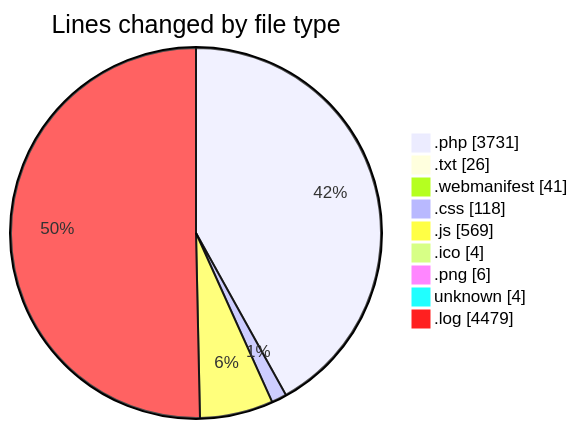
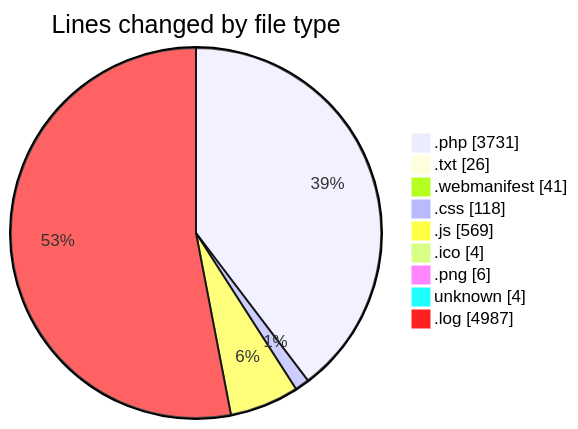
Before and after one commit to lephambinh05/code-tracking: the first of 2 diagrams in 2025-08-20/quytuthien_vn/README.md, drawn with Mermaid. The commit also changed other lines of this file and 1 other file, not shown here.

````diff
--- a/2025-08-20/quytuthien_vn/README.md
+++ b/2025-08-20/quytuthien_vn/README.md
@@ -98,13 +98,13 @@
 ```mermaid
 pie showData
 title Lines changed by file type
 ".php" : 3731
 ".txt" : 26
 ".webmanifest" : 41
 ".css" : 118
 ".js" : 569
 ".ico" : 4
 ".png" : 6
 "unknown" : 4
-".log" : 4479
+".log" : 4987
 ```
````
